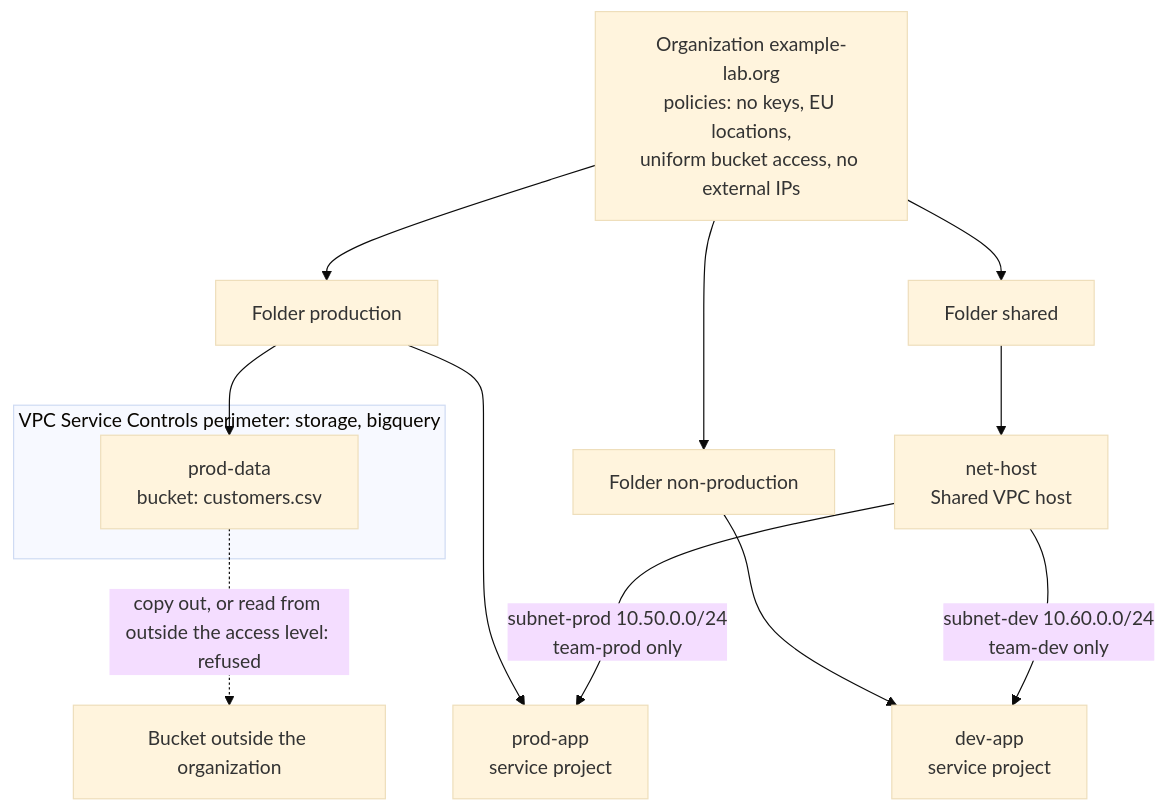
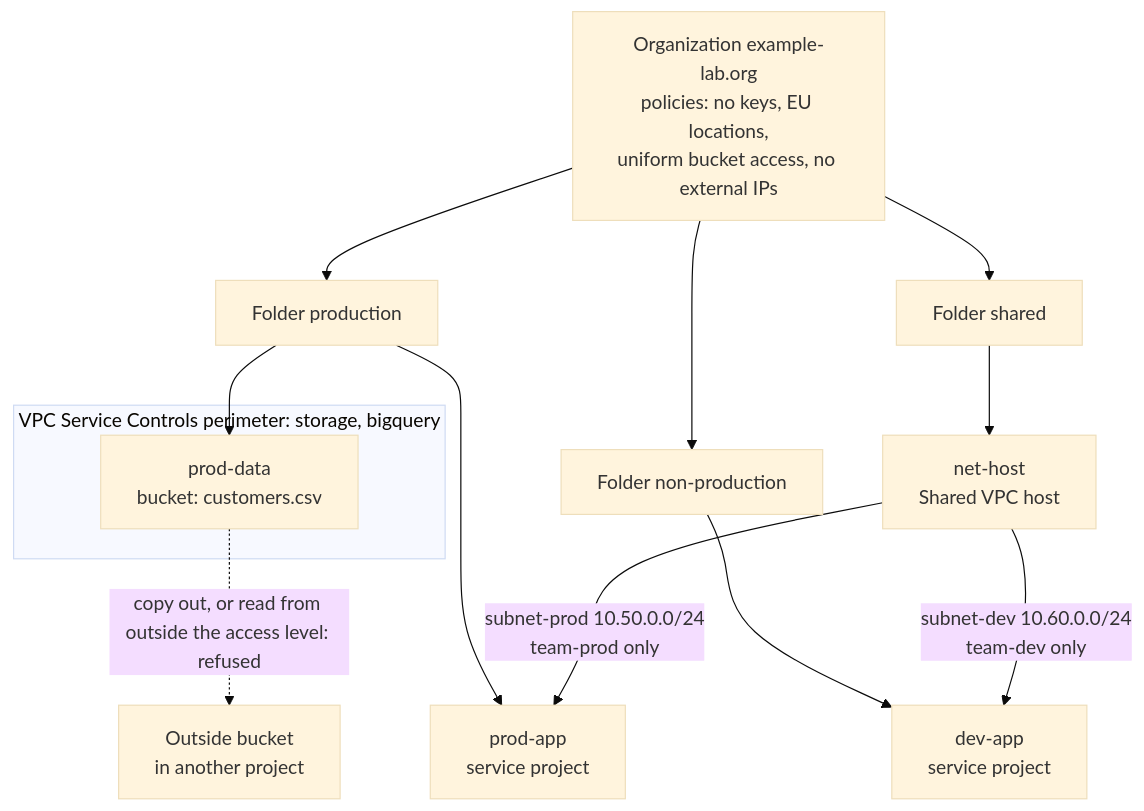
One commit to plainround-projects/gcp-landing-zone-slice changed the diagram in ARCHITECTURE.md. Above: the diagram before and after it, drawn with Mermaid (base theme). The commit also changed other lines of this file, not shown here.

Commit message:
docs: name the components as the lesson's diagram does

````diff
--- a/ARCHITECTURE.md
+++ b/ARCHITECTURE.md
@@ -21,17 +21,17 @@
 ```mermaid
 flowchart TB
     org["Organization example-lab.org<br/>policies: no keys, EU locations,<br/>uniform bucket access, no external IPs"]
     org --> fprod["Folder production"]
     org --> fnon["Folder non-production"]
     org --> fnet["Folder shared"]
     fprod --> pdata["prod-data<br/>bucket: customers.csv"]
     fprod --> papp["prod-app<br/>service project"]
     fnon --> dapp["dev-app<br/>service project"]
     fnet --> host["net-host<br/>Shared VPC host"]
     host -->|subnet-prod 10.50.0.0/24<br/>team-prod only| papp
     host -->|subnet-dev 10.60.0.0/24<br/>team-dev only| dapp
     subgraph perimeter["VPC Service Controls perimeter: storage, bigquery"]
         pdata
     end
-    pdata -. "copy out, or read from outside the access level: refused" .-> ext["Bucket outside the organization"]
+    pdata -. "copy out, or read from outside the access level: refused" .-> ext["Outside bucket<br/>in another project"]
 ```
````
